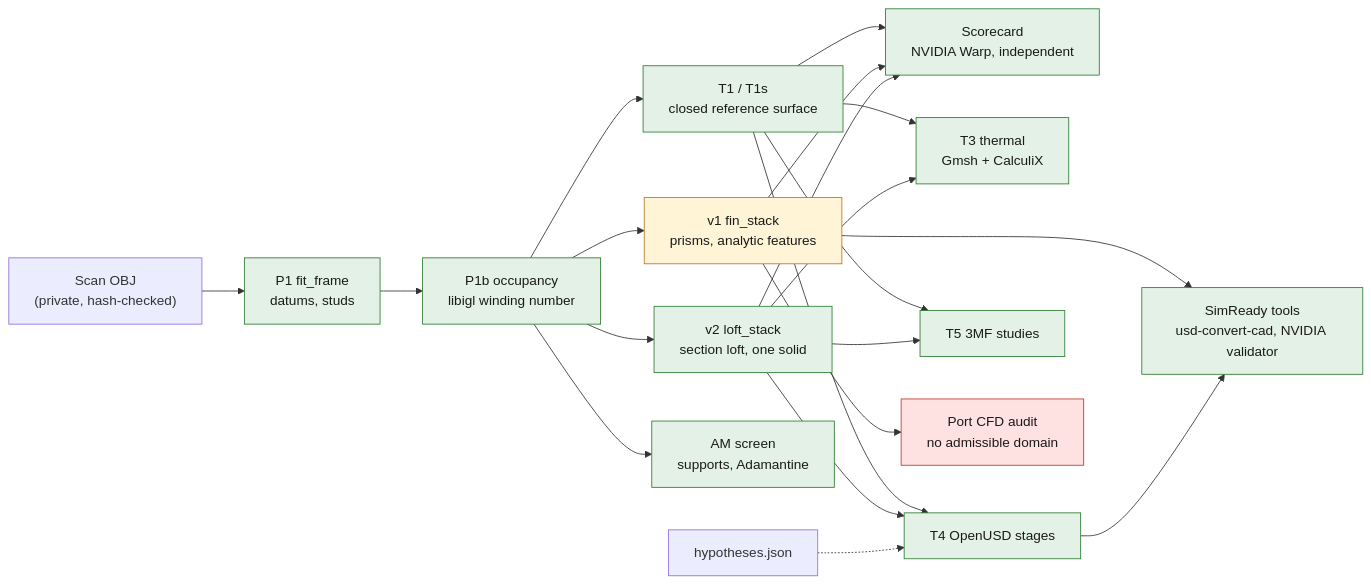
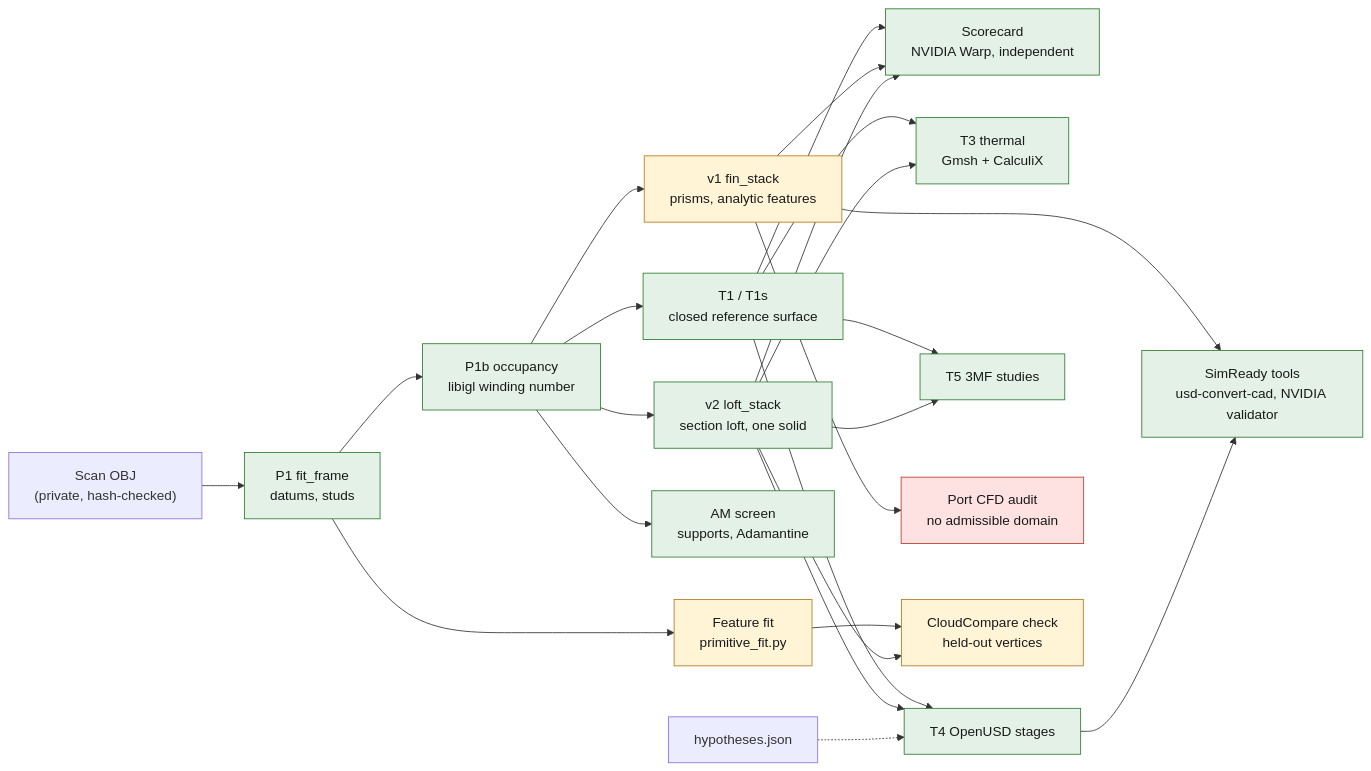
Before and after one commit to cluster2600/porscheparts: the third of 9 diagrams in twins/935-cylinder-head-cad-twin/README.md, drawn with Mermaid. The commit also changed other lines of this file and 48 other files, not shown here.

First line of the commit message:
935 head twin: fitted features, CloudCompare check, .usdz package, stud repair and chain rebuild (#679)

````diff
--- a/twins/935-cylinder-head-cad-twin/README.md
+++ b/twins/935-cylinder-head-cad-twin/README.md
@@ -88,28 +93,31 @@
 ```mermaid
 flowchart LR
   S["Scan OBJ<br/>(private, hash-checked)"] --> F["P1 fit_frame<br/>datums, studs"]
   F --> O["P1b occupancy<br/>libigl winding number"]
   O --> T1["T1 / T1s<br/>closed reference surface"]
   O --> V1["v1 fin_stack<br/>prisms, analytic features"]
   O --> V2["v2 loft_stack<br/>section loft, one solid"]
   T1 --> SC["Scorecard<br/>NVIDIA Warp, independent"]
   V1 --> SC
   V2 --> SC
   T1 --> TH["T3 thermal<br/>Gmsh + CalculiX"]
   V2 --> TH
   T1 --> U["T4 OpenUSD stages"]
   V2 --> U
   T1 --> P["T5 3MF studies"]
   V2 --> P
   V1 --> SR["SimReady tools<br/>usd-convert-cad, NVIDIA validator"]
   U --> SR
   O --> AM["AM screen<br/>supports, Adamantine"]
   V1 --> PA["Port CFD audit<br/>no admissible domain"]
+  F --> FF["Feature fit<br/>primitive_fit.py"]
+  FF --> CC["CloudCompare check<br/>held-out vertices"]
+  V2 --> CC
   H["hypotheses.json"] -.-> U
   classDef ok fill:#e3f1e6,stroke:#2e7d32,color:#1a1a1a;
   classDef open fill:#fff4d6,stroke:#b7791f,color:#1a1a1a;
   classDef stop fill:#fde2e1,stroke:#c0392b,color:#1a1a1a;
   class F,O,T1,SC,V2,TH,U,P,SR,AM ok;
-  class V1 open;
+  class V1,FF,CC open;
   class PA stop;
 ```
````
